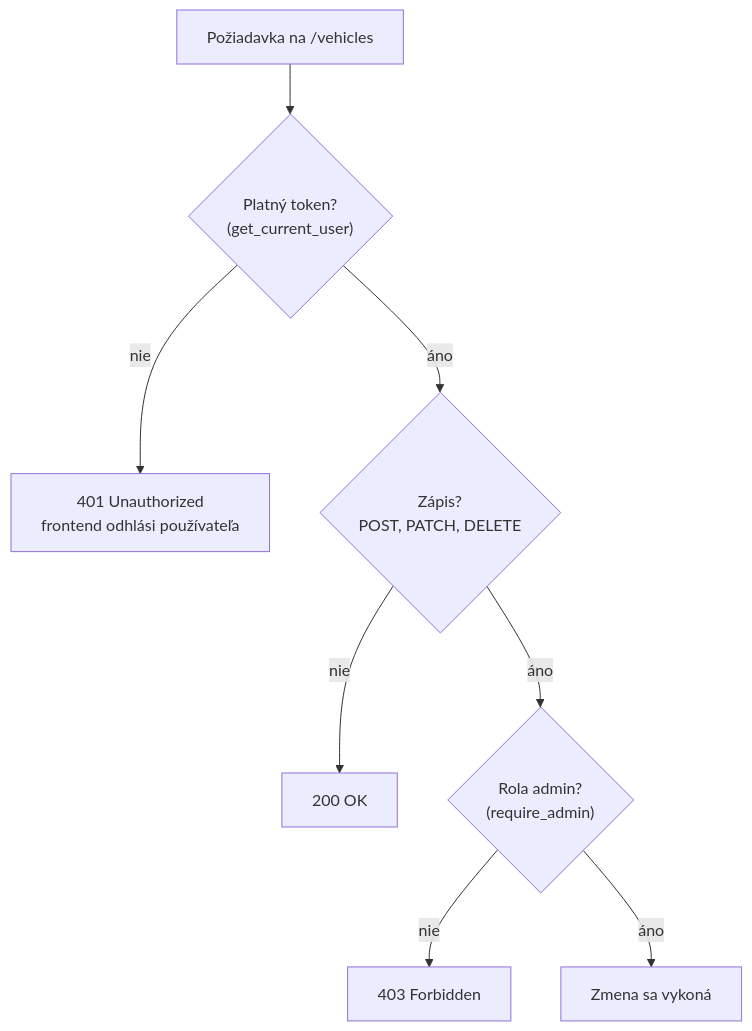
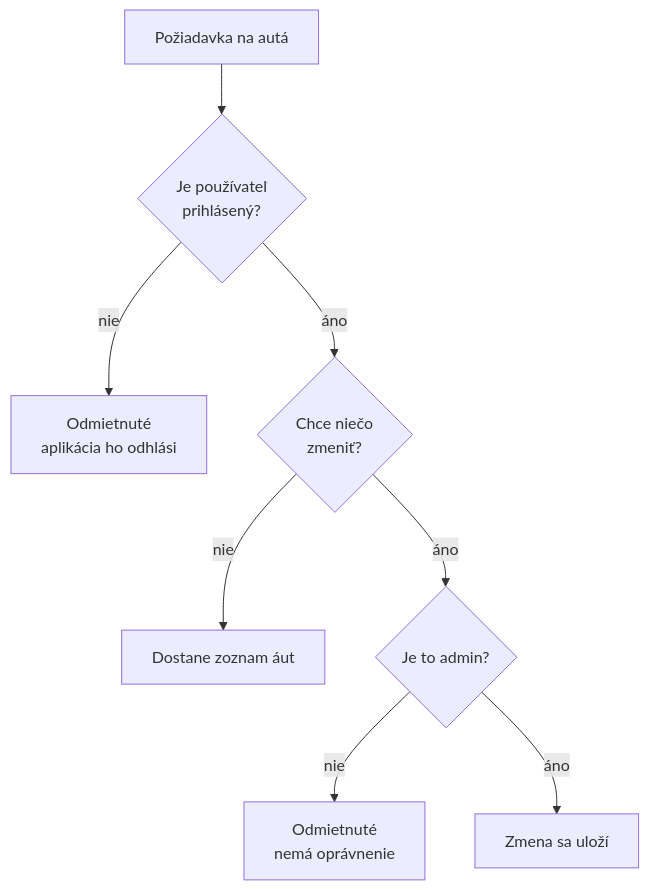
Before and after one commit to Matus1232/car-fleet-: the third of 3 diagrams in README.md, drawn with Mermaid. The commit also changed other lines of this file, not shown here.

````diff
--- a/README.md
+++ b/README.md
@@ -71,10 +83,10 @@
 ```mermaid
 flowchart TD
-    R["Požiadavka na /vehicles"] --> T{"Platný token?<br>(get_current_user)"}
-    T -- nie --> E401["401 Unauthorized<br>frontend odhlási používateľa"]
-    T -- áno --> W{"Zápis?<br>POST, PATCH, DELETE"}
-    W -- nie --> OK["200 OK"]
-    W -- áno --> AD{"Rola admin?<br>(require_admin)"}
-    AD -- nie --> E403["403 Forbidden"]
-    AD -- áno --> OK2["Zmena sa vykoná"]
+    R["Požiadavka na autá"] --> T{"Je používateľ<br>prihlásený?"}
+    T -- nie --> E1["Odmietnuté<br>aplikácia ho odhlási"]
+    T -- áno --> W{"Chce niečo<br>zmeniť?"}
+    W -- nie --> OK["Dostane zoznam áut"]
+    W -- áno --> AD{"Je to admin?"}
+    AD -- nie --> E2["Odmietnuté<br>nemá oprávnenie"]
+    AD -- áno --> OK2["Zmena sa uloží"]
 ```
````
